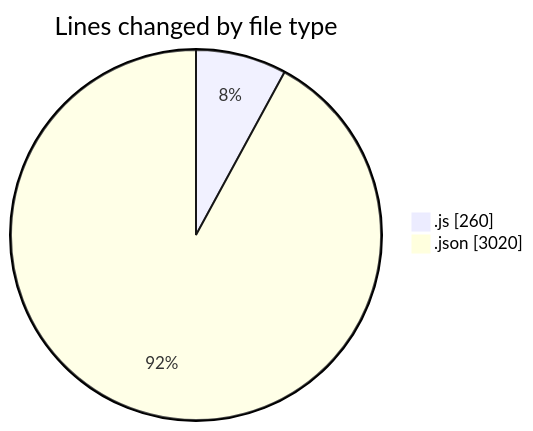
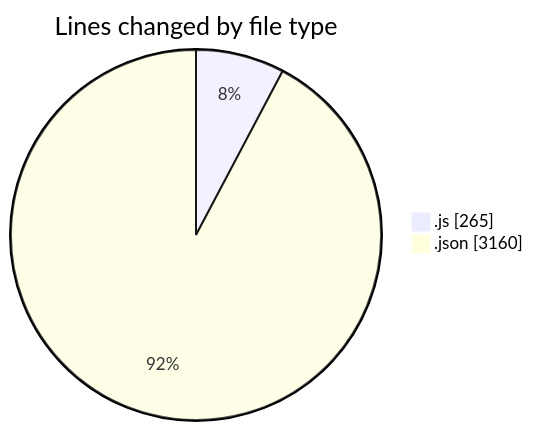
The first of 2 diagrams in 2025-04-09/nxtqube_webapp/README.md (nxtqubesakshisongat/code-tracking), drawn with Mermaid before and after one commit. The commit also changed other lines of this file and 1 other file, not shown here.

````diff
--- a/2025-04-09/nxtqube_webapp/README.md
+++ b/2025-04-09/nxtqube_webapp/README.md
@@ -23,6 +23,6 @@
 ```mermaid
 pie showData
 title Lines changed by file type
-".js" : 260
-".json" : 3020
+".js" : 265
+".json" : 3160
 ```
````
